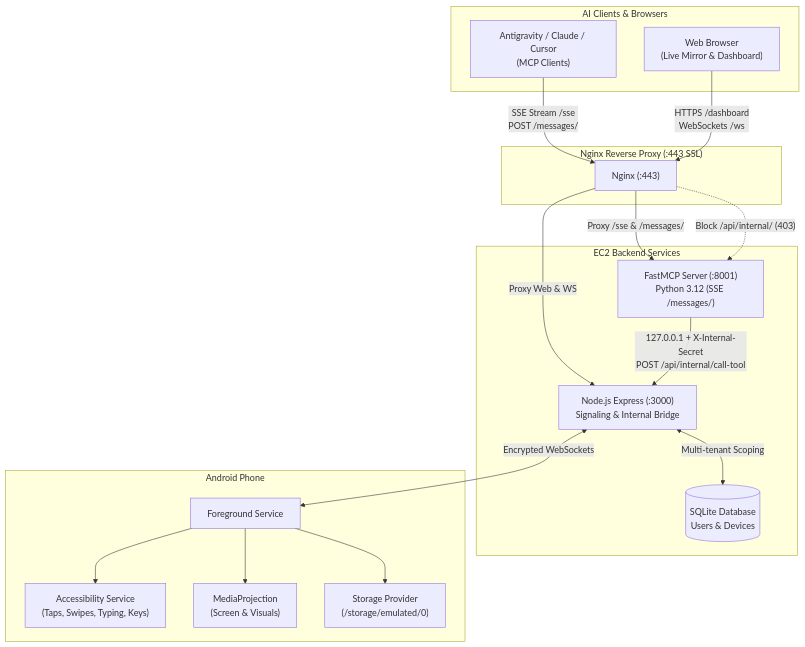
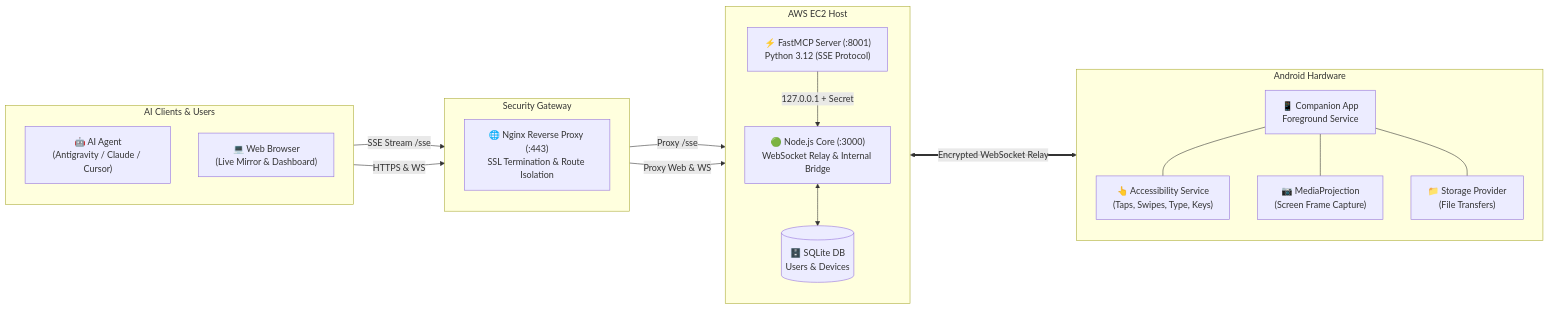
The diagram in README.md (GuptaOum/phone-remote), drawn with Mermaid before and after one commit.

Commit message:
style(docs): rebalance architecture diagram layout to horizontal LR flow

````diff
--- a/README.md
+++ b/README.md
@@ -18,39 +18,41 @@
 ```mermaid
-flowchart TD
-    subgraph Clients ["AI Clients & Browsers"]
-        Agent["Antigravity / Claude / Cursor<br/>(MCP Clients)"]
-        Browser["Web Browser<br/>(Live Mirror & Dashboard)"]
+flowchart LR
+    subgraph Clients [" AI Clients & Users "]
+        direction TB
+        Agent["🤖 AI Agent<br/>(Antigravity / Claude / Cursor)"]
+        Browser["💻 Web Browser<br/>(Live Mirror & Dashboard)"]
     end
 
-    subgraph ReverseProxy ["Nginx Reverse Proxy (:443 SSL)"]
-        Nginx["Nginx (:443)"]
+    subgraph Gateway [" Security Gateway "]
+        direction TB
+        Nginx["🌐 Nginx Reverse Proxy (:443)<br/>SSL Termination & Route Isolation"]
     end
 
-    subgraph EC2Server ["EC2 Backend Services"]
-        FastMCP["FastMCP Server (:8001)<br/>Python 3.12 (SSE /messages/)"]
-        Node["Node.js Express (:3000)<br/>Signaling & Internal Bridge"]
-        DB[(SQLite Database<br/>Users & Devices)]
+    subgraph Backend [" AWS EC2 Host "]
+        direction TB
+        FastMCP["⚡ FastMCP Server (:8001)<br/>Python 3.12 (SSE Protocol)"]
+        Node["🟢 Node.js Core (:3000)<br/>WebSocket Relay & Internal Bridge"]
+        DB[("🗄️ SQLite DB<br/>Users & Devices")]
+        FastMCP -->|"127.0.0.1 + Secret"| Node
+        Node <--> DB
     end
 
-    subgraph AndroidDevice ["Android Phone"]
-        ForeService["Foreground Service"]
-        A11y["Accessibility Service<br/>(Taps, Swipes, Typing, Keys)"]
-        Media["MediaProjection<br/>(Screen & Visuals)"]
-        Files["Storage Provider<br/>(/storage/emulated/0)"]
+    subgraph Phone [" Android Hardware "]
+        direction TB
+        App["📱 Companion App<br/>Foreground Service"]
+        A11y["👆 Accessibility Service<br/>(Taps, Swipes, Type, Keys)"]
+        Media["📷 MediaProjection<br/>(Screen Frame Capture)"]
+        Files["📁 Storage Provider<br/>(File Transfers)"]
+        App --- A11y
+        App --- Media
+        App --- Files
     end
 
-    Agent -->|"SSE Stream /sse<br/>POST /messages/"| Nginx
-    Browser -->|"HTTPS /dashboard<br/>WebSockets /ws"| Nginx
+    Agent -->|"SSE Stream /sse"| Nginx
+    Browser -->|"HTTPS & WS"| Nginx
 
-    Nginx -->|"Proxy /sse & /messages/"| FastMCP
+    Nginx -->|"Proxy /sse"| FastMCP
     Nginx -->|"Proxy Web & WS"| Node
-    Nginx -.->|"Block /api/internal/ (403)"| FastMCP
 
-    FastMCP -->|"127.0.0.1 + X-Internal-Secret<br/>POST /api/internal/call-tool"| Node
-    Node <-->|"Multi-tenant Scoping"| DB
-    Node <-->|"Encrypted WebSockets"| ForeService
-
-    ForeService --> A11y
-    ForeService --> Media
-    ForeService --> Files
+    Node <===>|"Encrypted WebSocket Relay"| App
 ```
````
